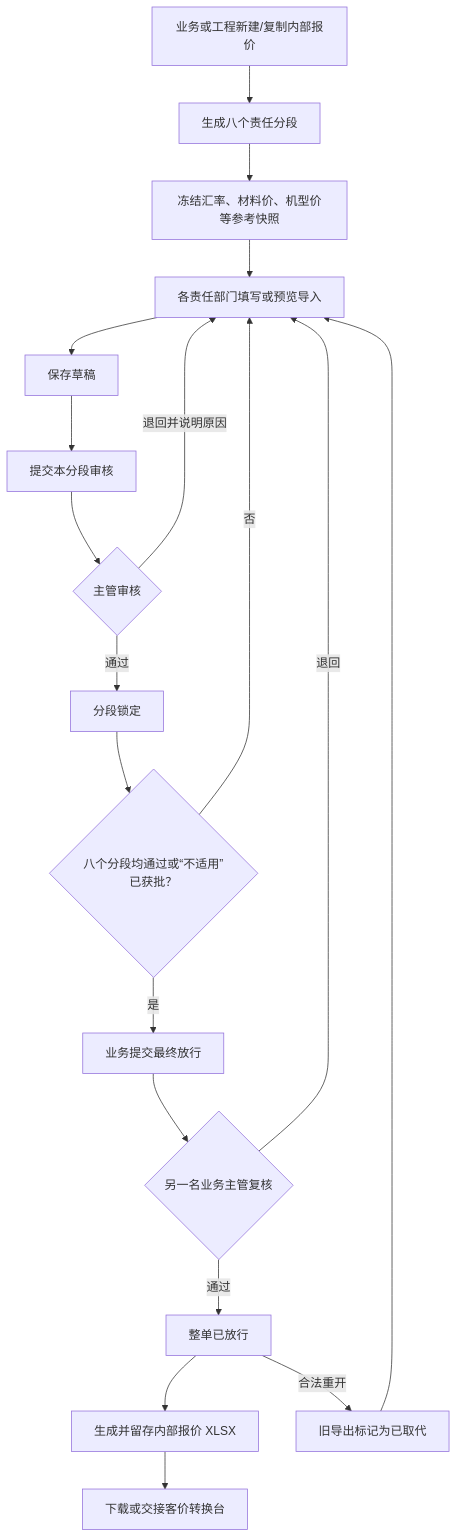
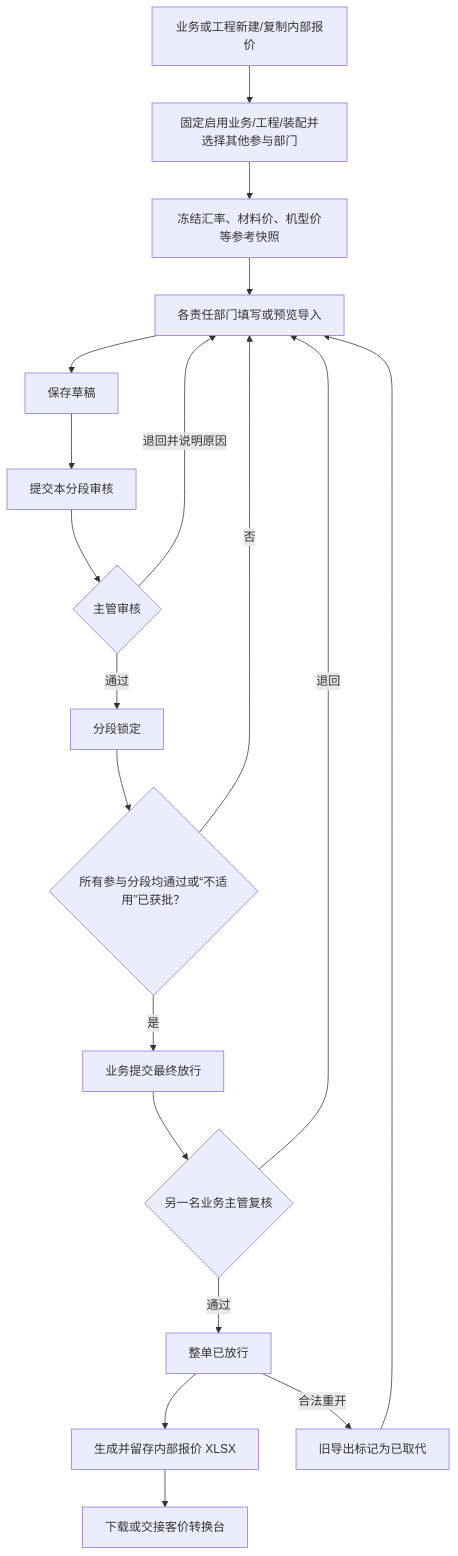
The diagram in docs/business/internal-quote-collaboration-design.md (13829313399-a11y/Royal-Regent-Nexus), drawn with Mermaid before and after one commit. The commit also changed other lines of this file and 57 other files, not shown here.

````diff
--- a/docs/business/internal-quote-collaboration-design.md
+++ b/docs/business/internal-quote-collaboration-design.md
@@ -149,21 +157,21 @@
 ```mermaid
 flowchart TD
-  A[业务或工程新建/复制内部报价] --> B[生成八个责任分段]
+  A[业务或工程新建/复制内部报价] --> B[固定启用业务/工程/装配并选择其他参与部门]
   B --> C[冻结汇率、材料价、机型价等参考快照]
   C --> D[各责任部门填写或预览导入]
   D --> E[保存草稿]
   E --> F[提交本分段审核]
   F --> G{主管审核}
   G -- 退回并说明原因 --> D
   G -- 通过 --> H[分段锁定]
-  H --> I{八个分段均通过或“不适用”已获批？}
+  H --> I{所有参与分段均通过或“不适用”已获批？}
   I -- 否 --> D
   I -- 是 --> J[业务提交最终放行]
   J --> K{另一名业务主管复核}
   K -- 退回 --> D
   K -- 通过 --> L[整单已放行]
   L --> M[生成并留存内部报价 XLSX]
   M --> N[下载或交接客价转换台]
   L -- 合法重开 --> O[旧导出标记为已取代]
   O --> D
 ```
````
